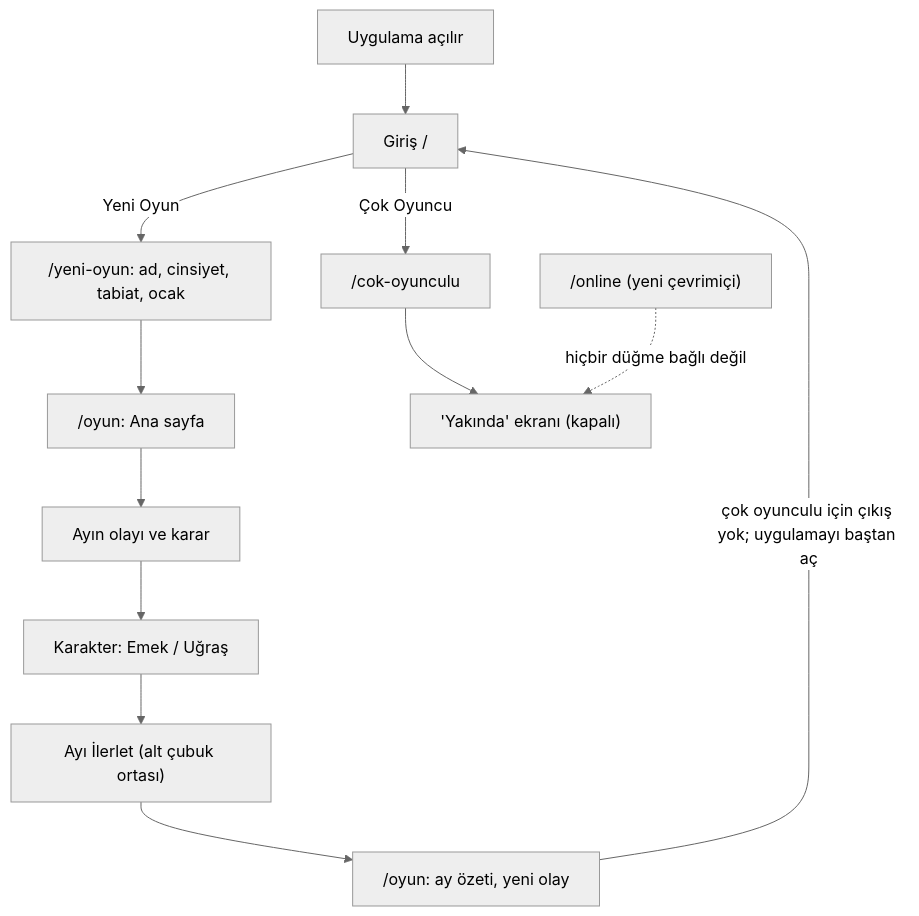
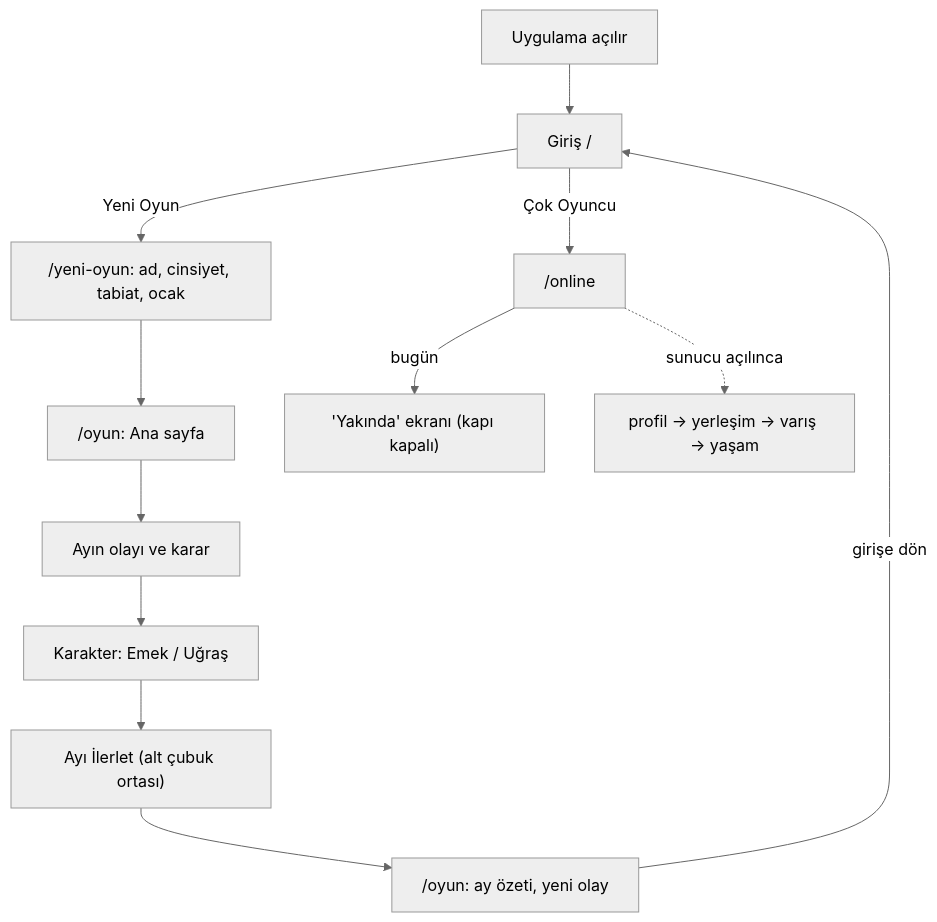
Before and after one commit to Tayma96/kroniklerorj: the first of 5 diagrams in EKRAN_HARITASI.md, drawn with Mermaid (neutral theme). The commit also changed other lines of this file and 1 other file, not shown here.

Commit message:
Ekran haritası ve oturum hafızası: iki seçenekli yapı, eski MP sökümü, çevrimiçi birleşim sonrası durum

````diff
--- a/EKRAN_HARITASI.md
+++ b/EKRAN_HARITASI.md
@@ -154,14 +148,14 @@
 ```mermaid
 flowchart TD
   A["Uygulama açılır"] --> B["Giriş /"]
   B -->|"Yeni Oyun"| C["/yeni-oyun: ad, cinsiyet, tabiat, ocak"]
   C --> D["/oyun: Ana sayfa"]
   D --> E["Ayın olayı ve karar"]
   E --> F["Karakter: Emek / Uğraş"]
   F --> G["Ayı İlerlet (alt çubuk ortası)"]
   G --> H["/oyun: ay özeti, yeni olay"]
-  H -->|"çok oyunculu için çıkış yok; uygulamayı baştan aç"| B
-  B -->|"Çok Oyuncu"| I["/cok-oyunculu"]
-  I --> J["'Yakında' ekranı (kapalı)"]
-  K["/online (yeni çevrimiçi)"] -.->|"hiçbir düğme bağlı değil"| J
+  H -->|"girişe dön"| B
+  B -->|"Çok Oyuncu"| I["/online"]
+  I -->|"bugün"| J["'Yakında' ekranı (kapı kapalı)"]
+  I -.->|"sunucu açılınca"| K["profil → yerleşim → varış → yaşam"]
 ```
````
